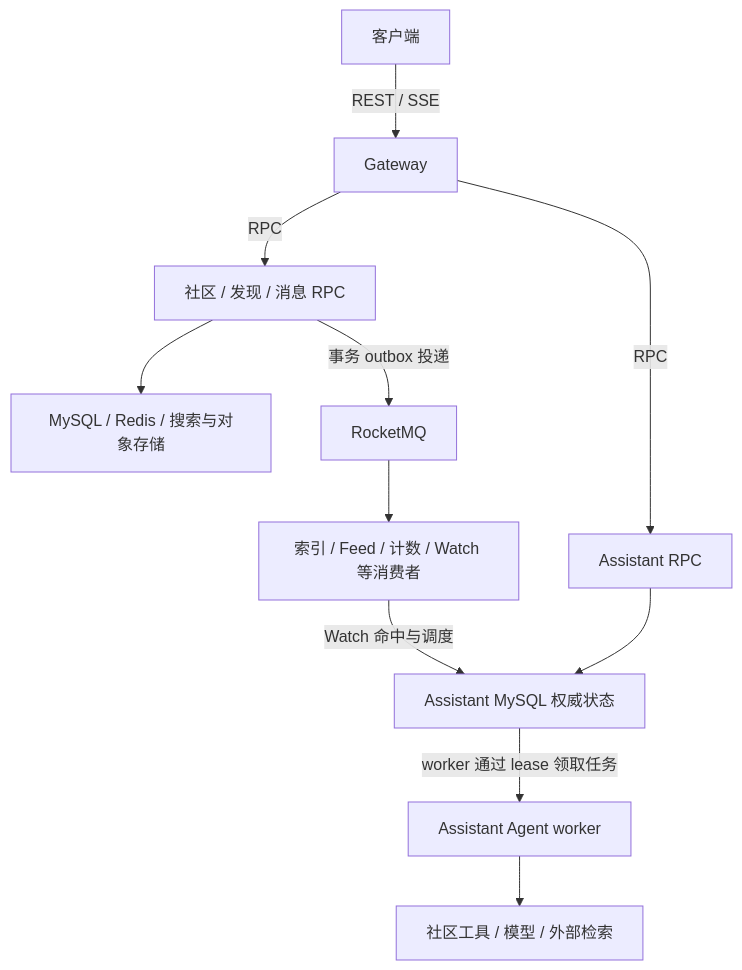
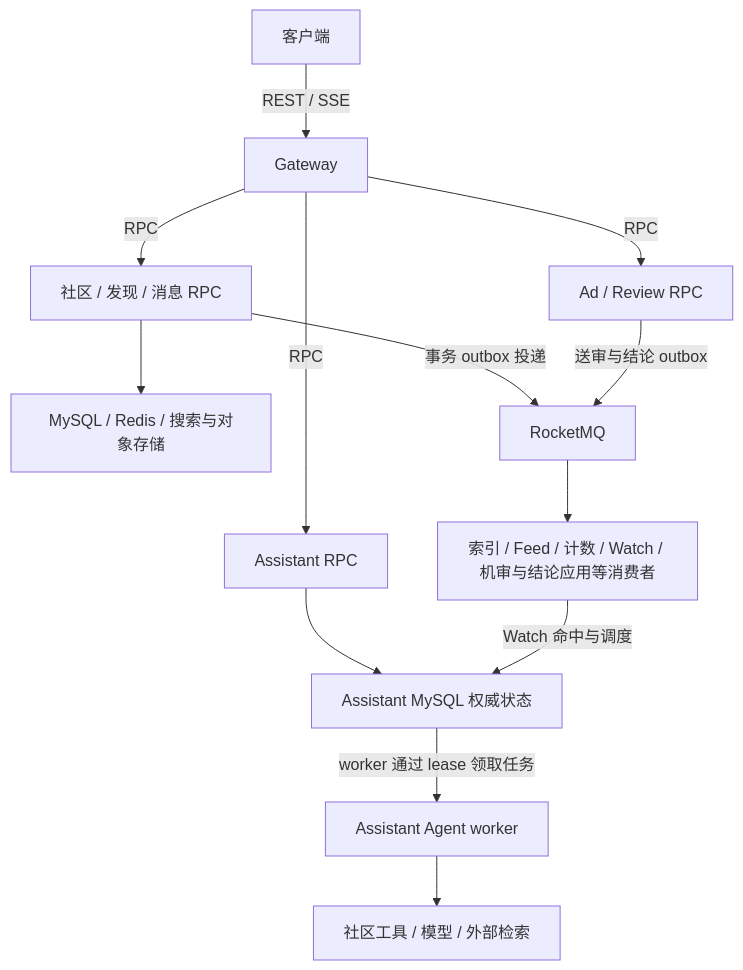
Before and after one commit to 3219378872/little-white-box-content-community: the diagram in README.md, drawn with Mermaid. The commit also changed other lines of this file, not shown here.

Commit message:
docs(readme): describe sponsored ads and the review platform

````diff
--- a/README.md
+++ b/README.md
@@ -26,13 +33,15 @@
 ```mermaid
 flowchart TD
     client["客户端"] -->|REST / SSE| gateway["Gateway"]
     gateway -->|RPC| services["社区 / 发现 / 消息 RPC"]
     gateway -->|RPC| assistant["Assistant RPC"]
+    gateway -->|RPC| ads["Ad / Review RPC"]
     services --> data["MySQL / Redis / 搜索与对象存储"]
     services -->|事务 outbox 投递| mq["RocketMQ"]
-    mq --> consumers["索引 / Feed / 计数 / Watch 等消费者"]
+    mq --> consumers["索引 / Feed / 计数 / Watch / 机审与结论应用等消费者"]
     assistant --> state["Assistant MySQL 权威状态"]
     consumers -->|Watch 命中与调度| state
     state -->|worker 通过 lease 领取任务| worker["Assistant Agent worker"]
     worker --> tools["社区工具 / 模型 / 外部检索"]
+    ads -->|送审与结论 outbox| mq
 ```
````
